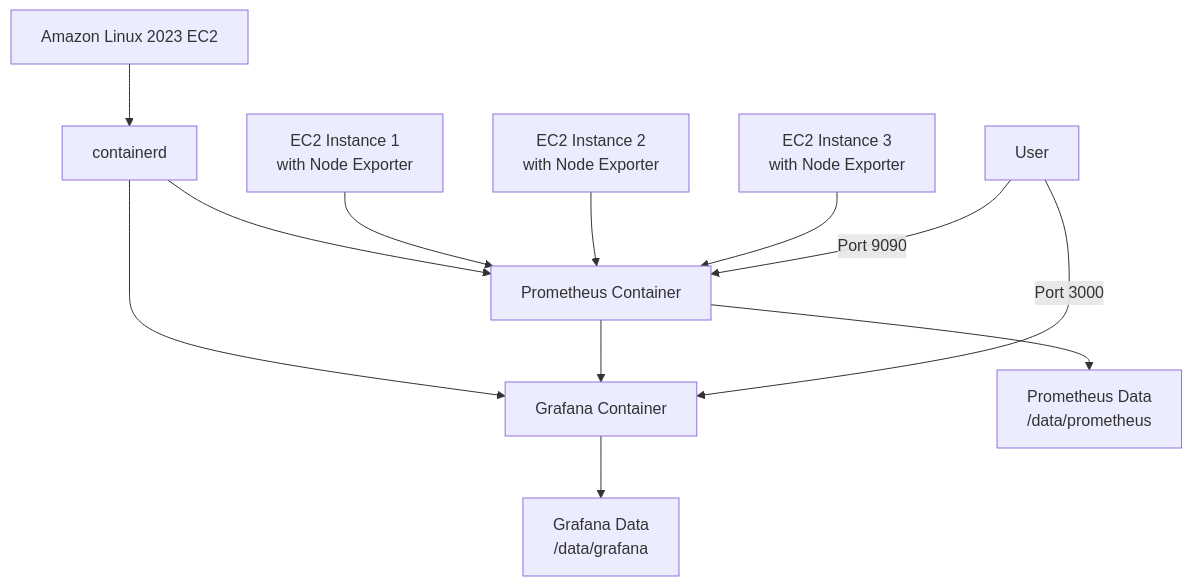
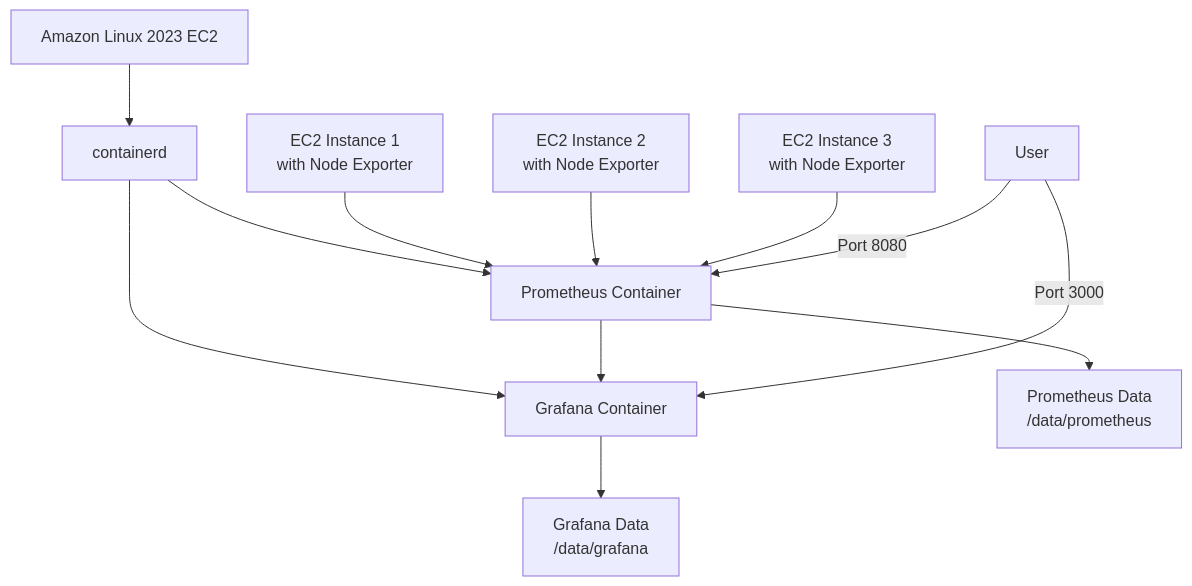
One commit to zhang1980s/prometheus-lab changed the first of 2 diagrams in README.md. Above: the diagram before and after it, drawn with Mermaid. The commit also changed other lines of this file and 4 other files, not shown here.

````diff
--- a/README.md
+++ b/README.md
@@ -17,14 +17,14 @@
 ```mermaid
 flowchart TD
     A[Amazon Linux 2023 EC2] --> B[containerd]
     B --> C[Prometheus Container]
     B --> D[Grafana Container]
     C --> E[Prometheus Data\n/data/prometheus]
     D --> F[Grafana Data\n/data/grafana]
     G[EC2 Instance 1\nwith Node Exporter] --> C
     H[EC2 Instance 2\nwith Node Exporter] --> C
     I[EC2 Instance 3\nwith Node Exporter] --> C
     C --> D
-    J[User] --> |Port 9090| C
+    J[User] --> |Port 8080| C
     J --> |Port 3000| D
 ```
````
